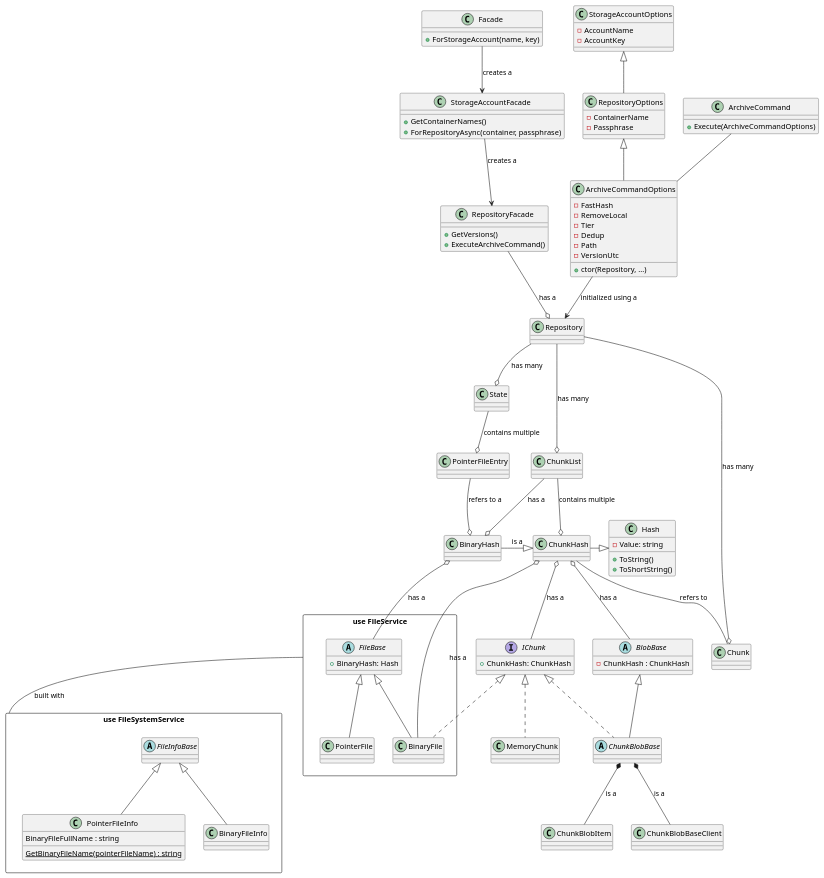
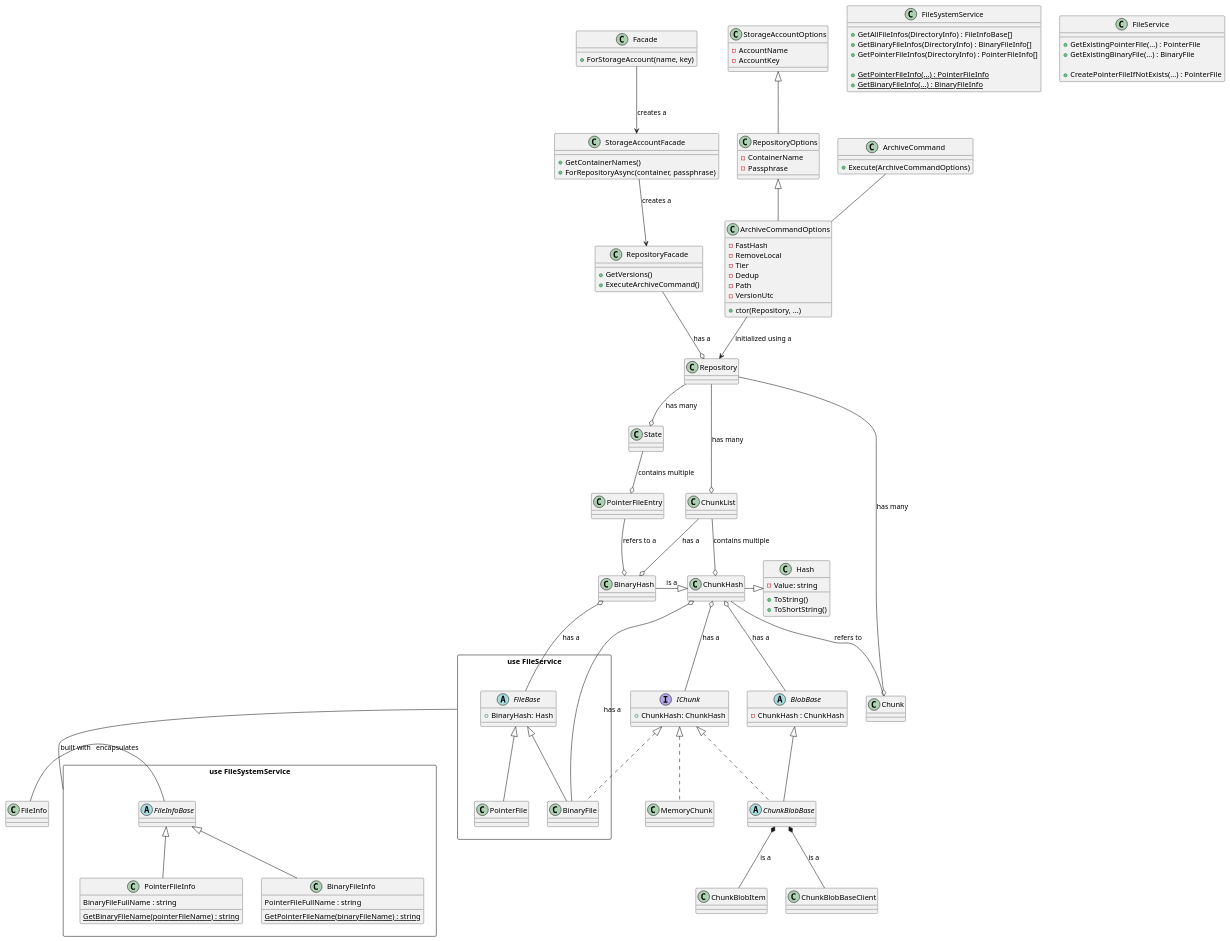
The diagram in docs/classdiagram.puml (woutervanranst/Arius), drawn with PlantUML before and after one commit.

```diff
--- a/docs/classdiagram.puml
+++ b/docs/classdiagram.puml
@@ -1,137 +1,160 @@
 @startuml
 
 ' --- MODELS
 
-rectangle "use FileService" as FileService{
+rectangle "use FileService" as FileServiceGroup {
     abstract class FileBase{
         +BinaryHash: Hash
     }
     class PointerFile
     class BinaryFile
 }
 
 interface IChunk{
     +ChunkHash: ChunkHash
 }
 class MemoryChunk
 
 class Hash {
  -Value: string
  +ToString()
  +ToShortString()
 }
 class ChunkHash
 class BinaryHash
 
 abstract class BlobBase {
  - ChunkHash : ChunkHash
 }
 abstract class ChunkBlobBase
 class ChunkBlobItem
 class ChunkBlobBaseClient
 
-rectangle "use FileSystemService" as FileSystemService {
+class FileInfo
+rectangle "use FileSystemService" as FileSystemServiceGroup {
     abstract class FileInfoBase
     class PointerFileInfo {
         BinaryFileFullName : string
         {static} GetBinaryFileName(pointerFileName) : string
     }
-    class BinaryFileInfo
+    class BinaryFileInfo {
+        PointerFileFullName : string
+        {static} GetPointerFileName(binaryFileName) : string
+    }
 }
+
+class FileSystemService {
+    + GetAllFileInfos(DirectoryInfo) : FileInfoBase[]
+    + GetBinaryFileInfos(DirectoryInfo) : BinaryFileInfo[]
+    + GetPointerFileInfos(DirectoryInfo) : PointerFileInfo[]
+
+    + {static} GetPointerFileInfo(...) : PointerFileInfo
+    + {static} GetBinaryFileInfo(...) : BinaryFileInfo
+}
+
+class FileService {
+    + GetExistingPointerFile(...) : PointerFile
+    + GetExistingBinaryFile(...) : BinaryFile
+
+    + CreatePointerFileIfNotExists(...) : PointerFile
+}
+
 
 ' --- OPERATIONS 
 class Facade {
  + ForStorageAccount(name, key)
 }
 
 class StorageAccountFacade {
  + GetContainerNames()
  + ForRepositoryAsync(container, passphrase)
 }
 
 class RepositoryFacade {
  + GetVersions()
  + ExecuteArchiveCommand()
 }
 
 class Repository
 
 class StorageAccountOptions {
  - AccountName
  - AccountKey
 }
 
 class RepositoryOptions {
  - ContainerName
  - Passphrase
 }
 
 class ArchiveCommandOptions {
  - FastHash
  - RemoveLocal
  - Tier
  - Dedup
  - Path
  - VersionUtc
  + ctor(Repository, ...)
 }
 
 class ArchiveCommand {
  + Execute(ArchiveCommandOptions)
 }
 
 
 ' --- MODELS RELATIONSHIPS
 Repository --o ChunkList : "has many"
 Repository --o Chunk : "has many"
 Repository --o State : "has many"
 
 ChunkList --o ChunkHash : "contains multiple"
 ChunkHash -- Chunk : "refers to"
 
 State --o PointerFileEntry : "contains multiple"
 
 PointerFileEntry --o BinaryHash : "refers to a"
 
 ChunkList --o BinaryHash : "has a"
 
 FileBase -u-o BinaryHash : "has a"
 
 BinaryFile --o ChunkHash : "has a"
 
 
 FileBase <|-- PointerFile
 
 FileBase <|-- BinaryFile
 BinaryFile..u|>IChunk
 
 IChunk <|.. MemoryChunk
 
 ChunkBlobBase -u-|> BlobBase
 ChunkBlobBase .u.|> IChunk
 ChunkBlobItem -u-* ChunkBlobBase : "is a"
 ChunkBlobBaseClient -u-* ChunkBlobBase : "is a"
 
 ChunkHash -r-|> Hash
 BinaryHash -r-|> ChunkHash : "is a"
 
 IChunk -u-o ChunkHash : "has a"
 BlobBase -u-o ChunkHash : "has a"
 
 
 FileInfoBase<|-- PointerFileInfo
 FileInfoBase<|-- BinaryFileInfo
 
 ' --- OPERATIONS RELATIONSHIPS
 Facade --> StorageAccountFacade : "creates a"
 StorageAccountFacade --> RepositoryFacade : "creates a"
 RepositoryFacade --o Repository : "has a"
 
 RepositoryOptions -u-|> StorageAccountOptions
 ArchiveCommandOptions -u-|> RepositoryOptions 
 ArchiveCommandOptions --> Repository : "initialized using a"
 
 ArchiveCommand -- ArchiveCommandOptions
 
-FileSystemService -u- FileService : "built with"
+FileSystemServiceGroup -u- FileServiceGroup : "built with"
+
+FileInfoBase -l- FileInfo : "encapsulates"
 @enduml
```
